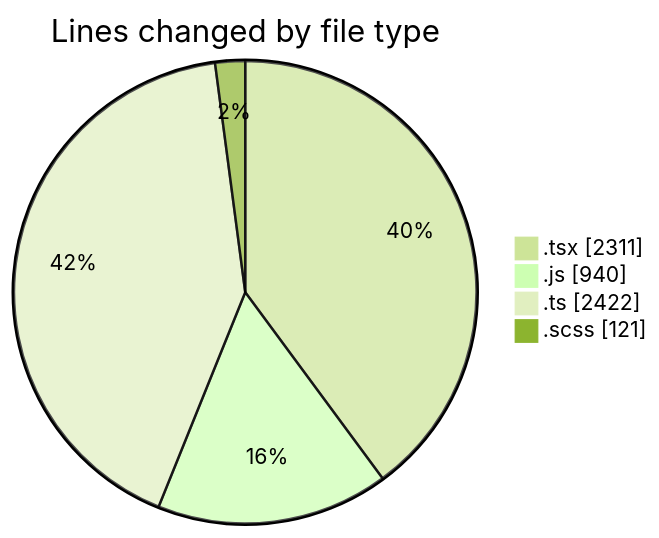
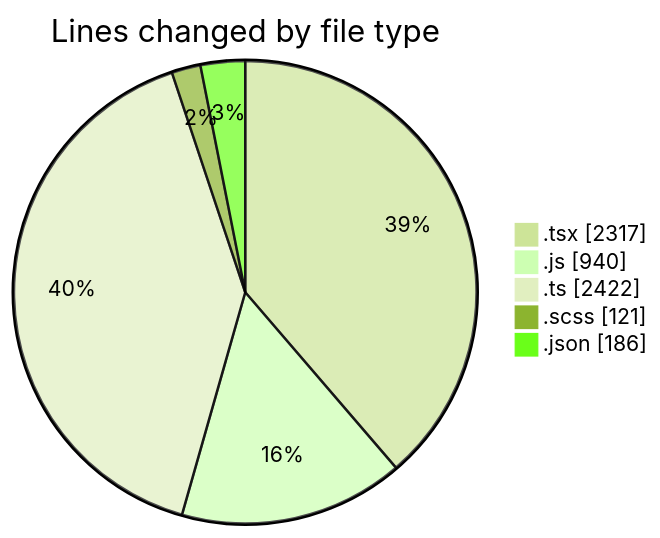
Before and after one commit to momahboobian/code-tracking: the first of 2 diagrams in 2026-07-20/cda/README.md, drawn with Mermaid (forest theme). The commit also changed other lines of this file and 1 other file, not shown here.

````diff
--- a/2026-07-20/cda/README.md
+++ b/2026-07-20/cda/README.md
@@ -50,8 +51,9 @@
 ```mermaid
 pie showData
 title Lines changed by file type
-".tsx" : 2311
+".tsx" : 2317
 ".js" : 940
 ".ts" : 2422
 ".scss" : 121
+".json" : 186
 ```
````
